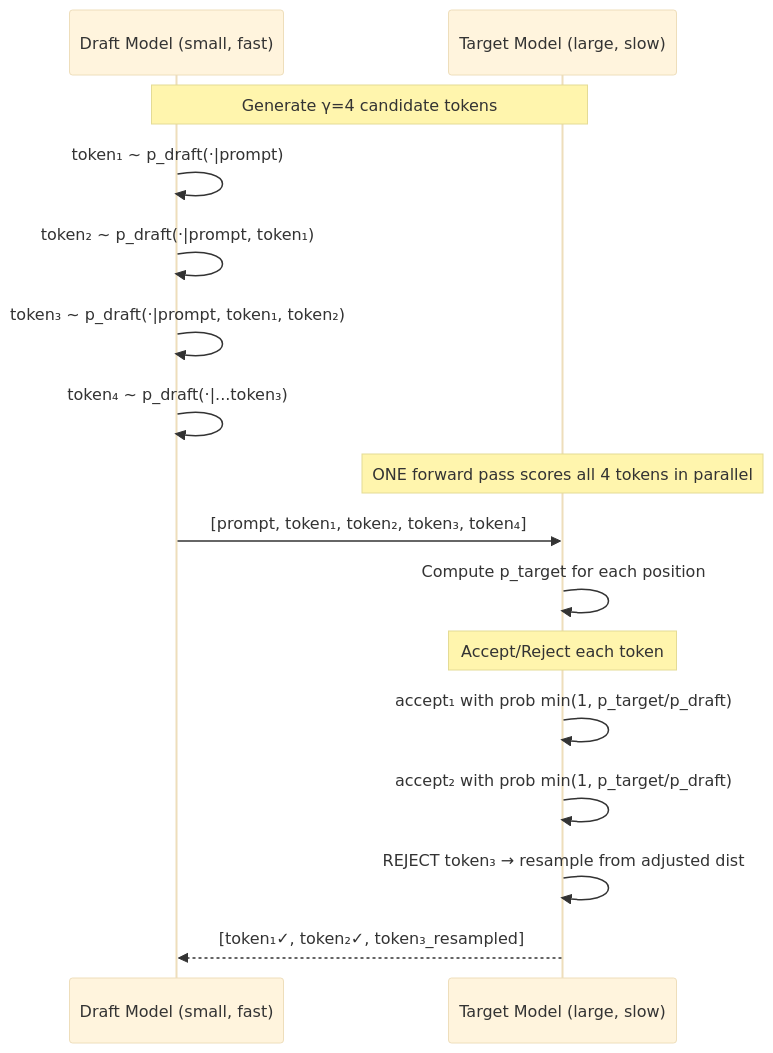
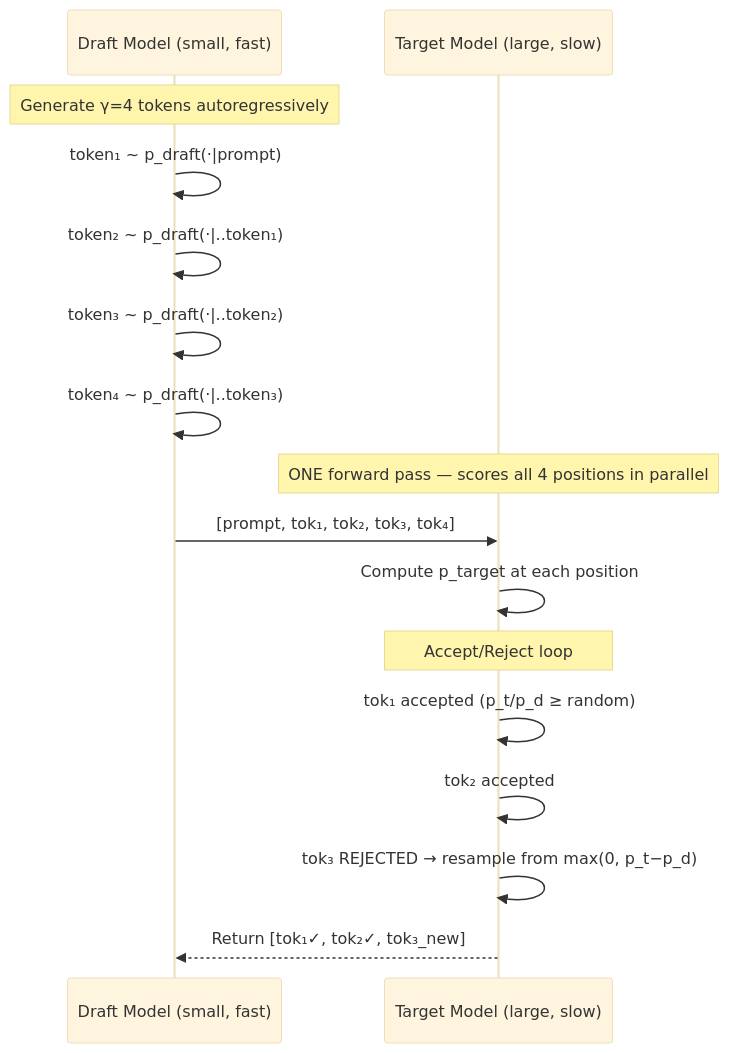
Before and after one commit to hg1112/learning-monorepo: the tenth of 34 diagrams in challenges/ml_inference/NOTES.md, drawn with Mermaid (base theme). The commit also changed other lines of this file and 1 other file, not shown here.

````diff
--- a/challenges/ml_inference/NOTES.md
+++ b/challenges/ml_inference/NOTES.md
@@ -274,21 +282,21 @@
 ```mermaid
 sequenceDiagram
-    participant Draft as Draft Model (small, fast)
-    participant Target as Target Model (large, slow)
+    participant D as Draft Model (small, fast)
+    participant T as Target Model (large, slow)
 
-    Note over Draft,Target: Generate γ=4 candidate tokens
-    Draft->>Draft: token₁ ~ p_draft(·|prompt)
-    Draft->>Draft: token₂ ~ p_draft(·|prompt, token₁)
-    Draft->>Draft: token₃ ~ p_draft(·|prompt, token₁, token₂)
-    Draft->>Draft: token₄ ~ p_draft(·|...token₃)
+    Note over D: Generate γ=4 tokens autoregressively
+    D->>D: token₁ ~ p_draft(·|prompt)
+    D->>D: token₂ ~ p_draft(·|..token₁)
+    D->>D: token₃ ~ p_draft(·|..token₂)
+    D->>D: token₄ ~ p_draft(·|..token₃)
 
-    Note over Target: ONE forward pass scores all 4 tokens in parallel
-    Draft->>Target: [prompt, token₁, token₂, token₃, token₄]
-    Target->>Target: Compute p_target for each position
+    Note over T: ONE forward pass — scores all 4 positions in parallel
+    D->>T: [prompt, tok₁, tok₂, tok₃, tok₄]
+    T->>T: Compute p_target at each position
 
-    Note over Target: Accept/Reject each token
-    Target->>Target: accept₁ with prob min(1, p_target/p_draft)
-    Target->>Target: accept₂ with prob min(1, p_target/p_draft)
-    Target->>Target: REJECT token₃ → resample from adjusted dist
-    Target-->>Draft: [token₁✓, token₂✓, token₃_resampled]
+    Note over T: Accept/Reject loop
+    T->>T: tok₁ accepted  (p_t/p_d ≥ random)
+    T->>T: tok₂ accepted
+    T->>T: tok₃ REJECTED → resample from max(0, p_t−p_d)
+    T-->>D: Return [tok₁✓, tok₂✓, tok₃_new]
 ```
````
